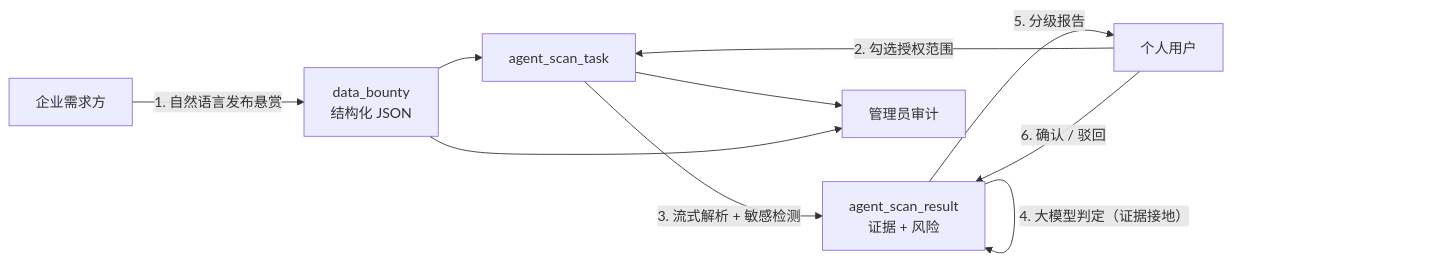
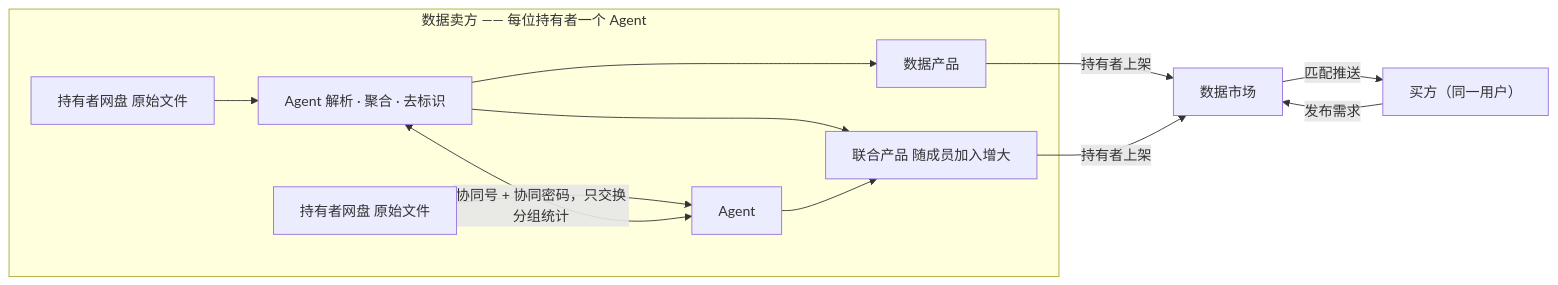
The first of 7 diagrams in docs/www2026/WWW2026_Demo_AgentCloudDisk_ZH.md (PanheadGG/agora-drive), drawn with Mermaid before and after one commit. The commit also changed other lines of this file and 1 other file, not shown here.

Commit message:
docs: 重写 WWW2026 Demo 论文（多 Agent 协同版，中英双语，7 张 Mermaid + 5 张实拍图）

````diff
--- a/docs/www2026/WWW2026_Demo_AgentCloudDisk_ZH.md
+++ b/docs/www2026/WWW2026_Demo_AgentCloudDisk_ZH.md
@@ -45,12 +45,13 @@
 ```mermaid
 flowchart LR
-    E["企业需求方"] -->|"1. 自然语言发布悬赏"| B["data_bounty<br/>结构化 JSON"]
-    P["个人用户"] -->|"2. 勾选授权范围"| S["agent_scan_task"]
-    B --> S
-    S -->|"3. 流式解析 + 敏感检测"| R["agent_scan_result<br/>证据 + 风险"]
-    R -->|"4. 大模型判定（证据接地）"| R
-    R -->|"5. 分级报告"| P
-    P -->|"6. 确认 / 驳回"| R
-    S --> A["管理员审计"]
-    B --> A
+    subgraph Sellers["数据卖方 —— 每位持有者一个 Agent"]
+        U1["持有者网盘 原始文件"] --> A1["Agent 解析 · 聚合 · 去标识"]
+        U2["持有者网盘 原始文件"] --> A2["Agent"]
+        A1 <-->|"协同号 + 协同密码，只交换分组统计"| A2
+        A1 --> P1["数据产品"]
+        A1 & A2 --> P3["联合产品 随成员加入增大"]
+    end
+    P1 & P3 -->|"持有者上架"| M["数据市场"]
+    B["买方（同一用户）"] -->|"发布需求"| M
+    M -->|"匹配推送"| B
 ```
````
